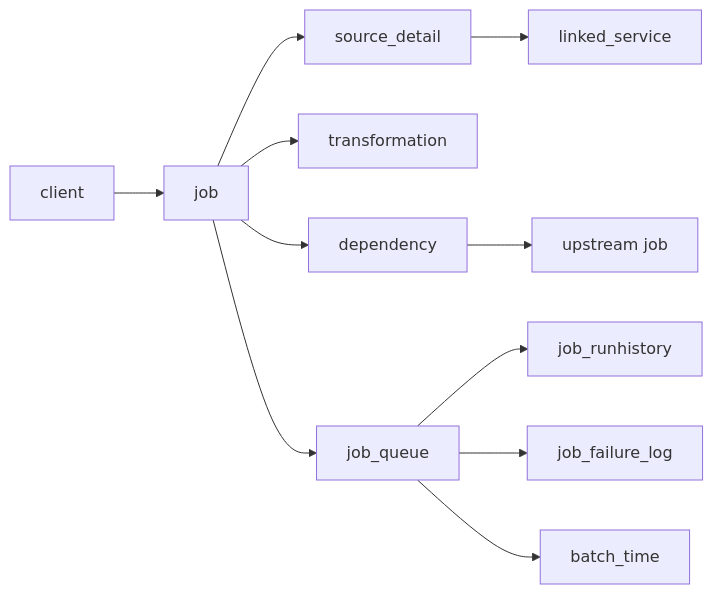
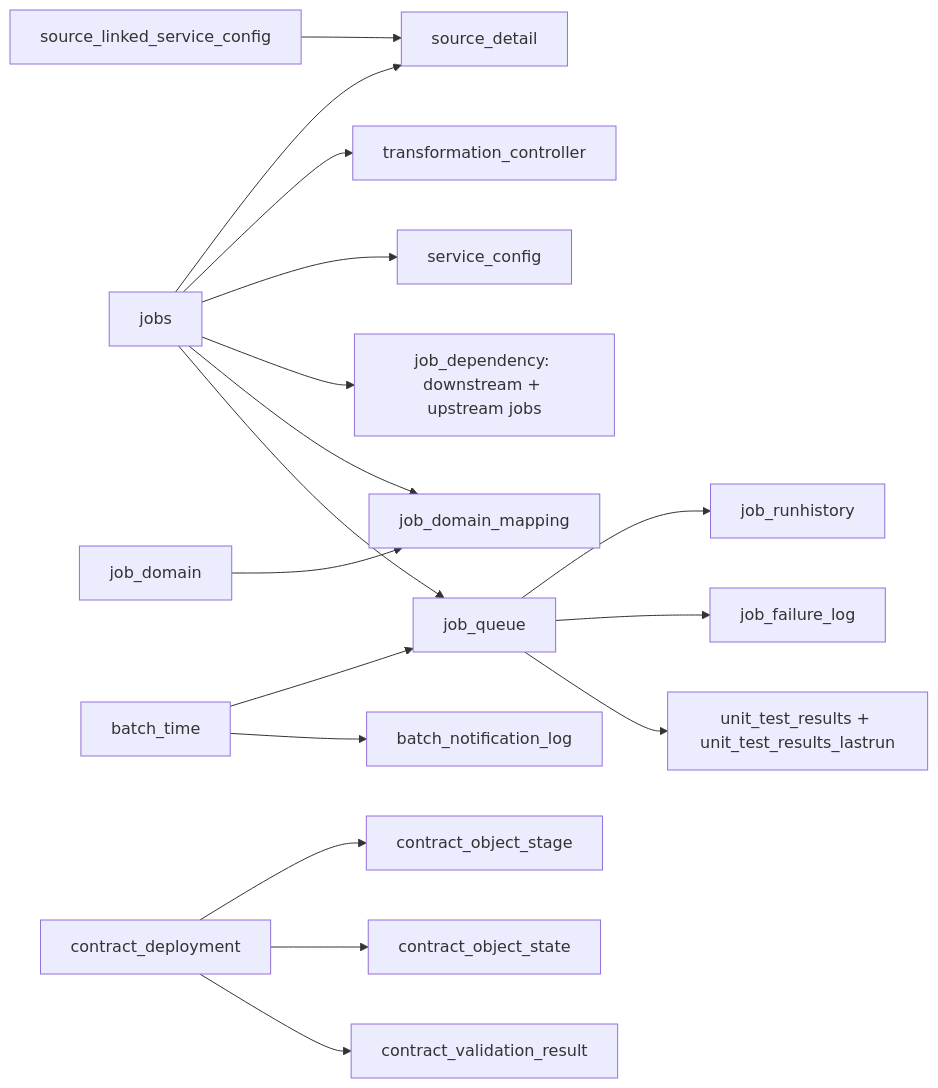
Before and after one commit to dchannon/Culina-Academy: the diagram in docs/architecture/control-plane-schema.md, drawn with Mermaid. The commit also changed other lines of this file and 74 other files, not shown here.

````diff
--- a/docs/architecture/control-plane-schema.md
+++ b/docs/architecture/control-plane-schema.md
@@ -9,13 +9,19 @@
 ```mermaid
 flowchart LR
-  Client["client"] --> Job["job"]
-  Job --> SourceDetail["source_detail"]
-  SourceDetail --> LinkedService["linked_service"]
-  Job --> Transformation["transformation"]
-  Job --> Dependency["dependency"]
-  Dependency --> UpstreamJob["upstream job"]
-  Job --> Queue["job_queue"]
-  Queue --> RunHistory["job_runhistory"]
-  Queue --> FailureLog["job_failure_log"]
-  Queue --> Batch["batch_time"]
+  Jobs["jobs"] --> Source["source_detail"]
+  Linked["source_linked_service_config"] --> Source
+  Jobs --> Transform["transformation_controller"]
+  Jobs --> Service["service_config"]
+  Jobs --> Dependency["job_dependency: downstream + upstream jobs"]
+  Jobs --> Mapping["job_domain_mapping"]
+  Domain["job_domain"] --> Mapping
+  Jobs --> Queue["job_queue"]
+  Batch["batch_time"] --> Queue
+  Batch --> Notice["batch_notification_log"]
+  Queue --> History["job_runhistory"]
+  Queue --> Failure["job_failure_log"]
+  Queue --> Tests["unit_test_results + unit_test_results_lastrun"]
+  Deployment["contract_deployment"] --> Stage["contract_object_stage"]
+  Deployment --> State["contract_object_state"]
+  Deployment --> Validation["contract_validation_result"]
 ```
````
